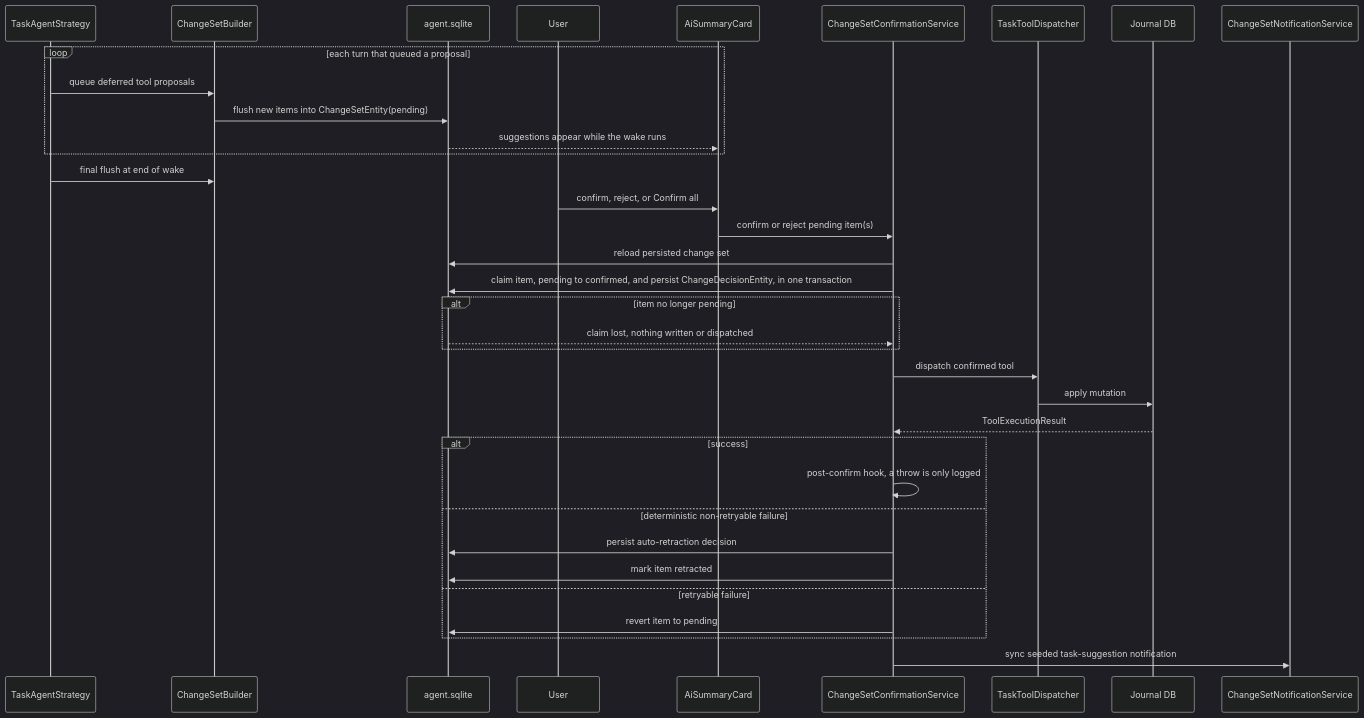
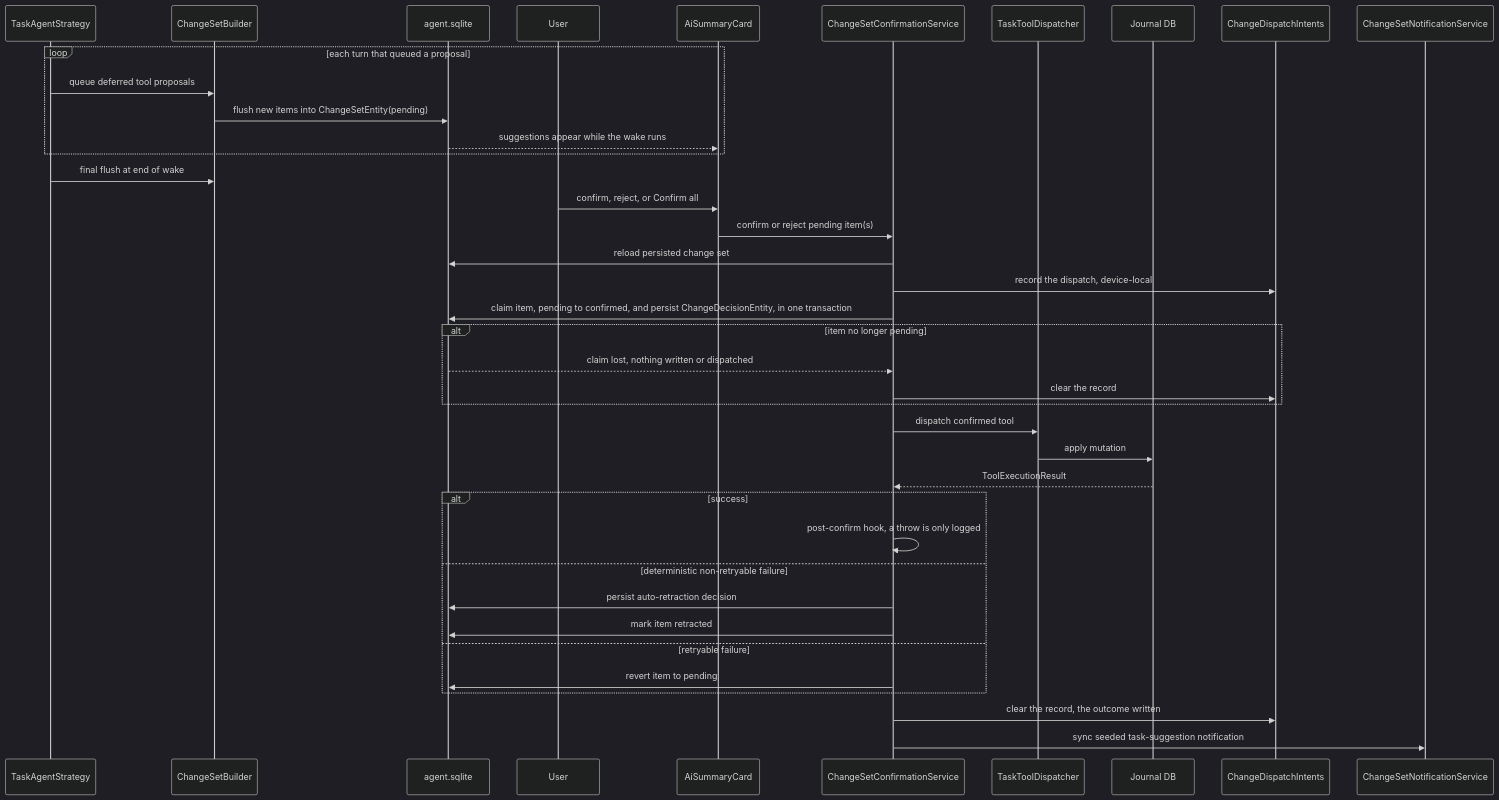
One commit to matthiasn/lotti changed the eighth of 11 diagrams in knowledge/features/agents/task-agents.md. Above: the diagram before and after it, drawn with Mermaid (dark theme). The commit also changed other lines of this file and 23 other files, not shown here.

````diff
--- a/knowledge/features/agents/task-agents.md
+++ b/knowledge/features/agents/task-agents.md
@@ -1067,38 +1079,42 @@
 ```mermaid
 sequenceDiagram
   participant Agent as TaskAgentStrategy
   participant Builder as ChangeSetBuilder
   participant Store as agent.sqlite
   participant User as User
   participant Card as AiSummaryCard
   participant Confirm as ChangeSetConfirmationService
   participant Dispatch as TaskToolDispatcher
   participant Journal as Journal DB
+  participant Intents as ChangeDispatchIntents
   participant Inbox as ChangeSetNotificationService
 
   loop each turn that queued a proposal
     Agent->>Builder: queue deferred tool proposals
     Builder->>Store: flush new items into ChangeSetEntity(pending)
     Store-->>Card: suggestions appear while the wake runs
   end
   Agent->>Builder: final flush at end of wake
   User->>Card: confirm, reject, or Confirm all
   Card->>Confirm: confirm or reject pending item(s)
   Confirm->>Store: reload persisted change set
+  Confirm->>Intents: record the dispatch, device-local
   Confirm->>Store: claim item, pending to confirmed, and persist ChangeDecisionEntity, in one transaction
   alt item no longer pending
     Store-->>Confirm: claim lost, nothing written or dispatched
+    Confirm->>Intents: clear the record
   end
   Confirm->>Dispatch: dispatch confirmed tool
   Dispatch->>Journal: apply mutation
   Journal-->>Confirm: ToolExecutionResult
   alt success
     Confirm->>Confirm: post-confirm hook, a throw is only logged
   else deterministic non-retryable failure
     Confirm->>Store: persist auto-retraction decision
     Confirm->>Store: mark item retracted
   else retryable failure
     Confirm->>Store: revert item to pending
   end
+  Confirm->>Intents: clear the record, the outcome written
   Confirm->>Inbox: sync seeded task-suggestion notification
 ```
````
